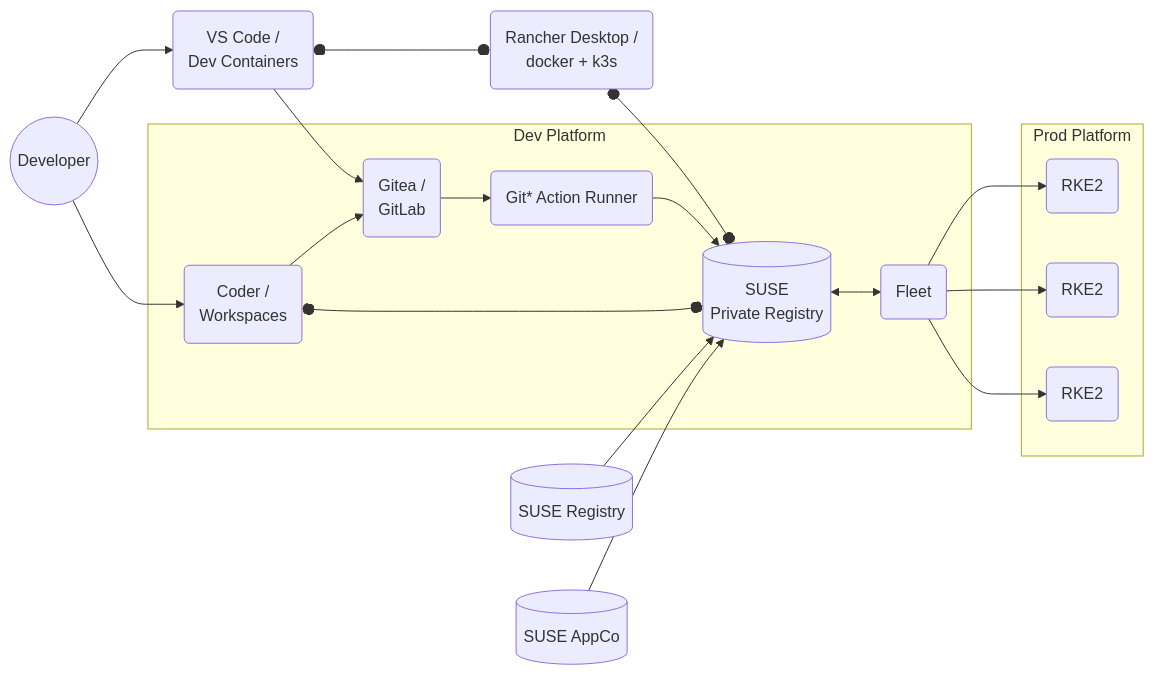
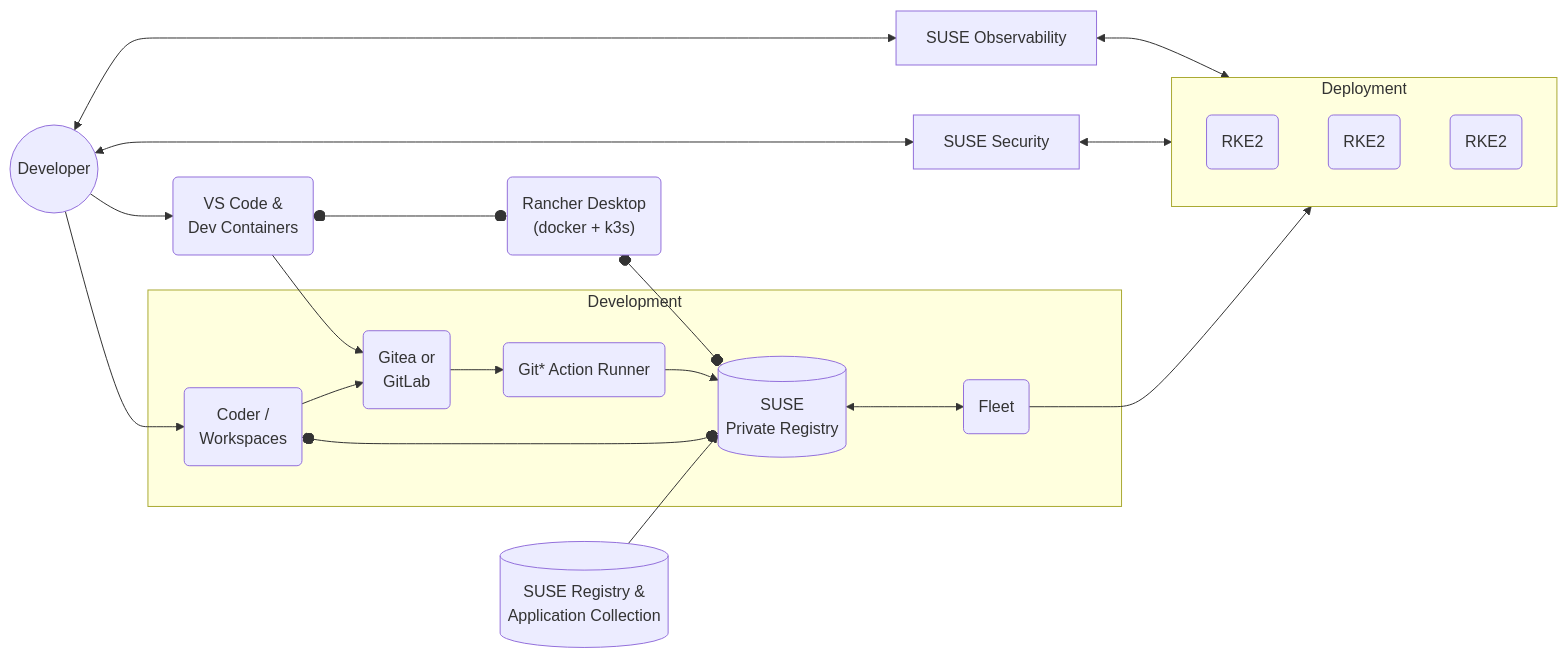
The first of 4 diagrams in docs/docs/gitops-overview.md (rancher/devx-designs), drawn with Mermaid before and after one commit. The commit also changed other lines of this file and 1 other file, not shown here.

Commit message:
Add Observability and Security to gitops diagram. Simplify others.

````diff
--- a/docs/docs/gitops-overview.md
+++ b/docs/docs/gitops-overview.md
@@ -13,37 +13,33 @@
 ```mermaid
 flowchart LR
-
     Dev((Developer))
-    --> VSC("VS Code /
+    --> VSC("VS Code &
     Dev Containers") 
-    o--o RD("Rancher Desktop / 
-            docker + k3s")
+    o--o RD("Rancher Desktop
+            (docker + k3s)")
+    Dev <--> SO
+    Dev <--> SS
     RD o--o SPR
-    VSC --> GT("Gitea /
+    VSC --> GT("Gitea or
             GitLab")
         Dev --> CD("Coder /
         Workspaces") 
-    subgraph RancherPrime["Dev Platform"]
+    subgraph "Development"
         CD --> GT --> GHA(Git* Action Runner)
         --> SPR[("SUSE 
         Private Registry")] <--> FLT(Fleet)
         CD o--o SPR
     end
-        subgraph PROD[Prod Platform]
-            FLT --> NODE1(RKE2)
-            FLT --> NODE2(RKE2)
-            FLT --> NODE3(RKE2)
-        end
+    SO["SUSE Observability"] <--> Deployment 
+    SS["SUSE Security"] <--> Deployment 
+    FLT --> Deployment 
 
+    subgraph "Deployment"
+        NODE1(RKE2)
+        NODE2(RKE2)
+        NODE3(RKE2)
+    end
 
-    %% VSC --> GH("Github")
-    %% CD --> GH
-    %% GH --> GHA
-
-    %% VSC --> GL("Gitlab")
-    %% CD --> GL
-    %% GL --> GHA
-
-    BCI[(SUSE Registry)] --> SPR
-    AC[(SUSE AppCo)] --> SPR
+    AC[(SUSE Registry &
+    Application Collection)] --> SPR
 ```
````
